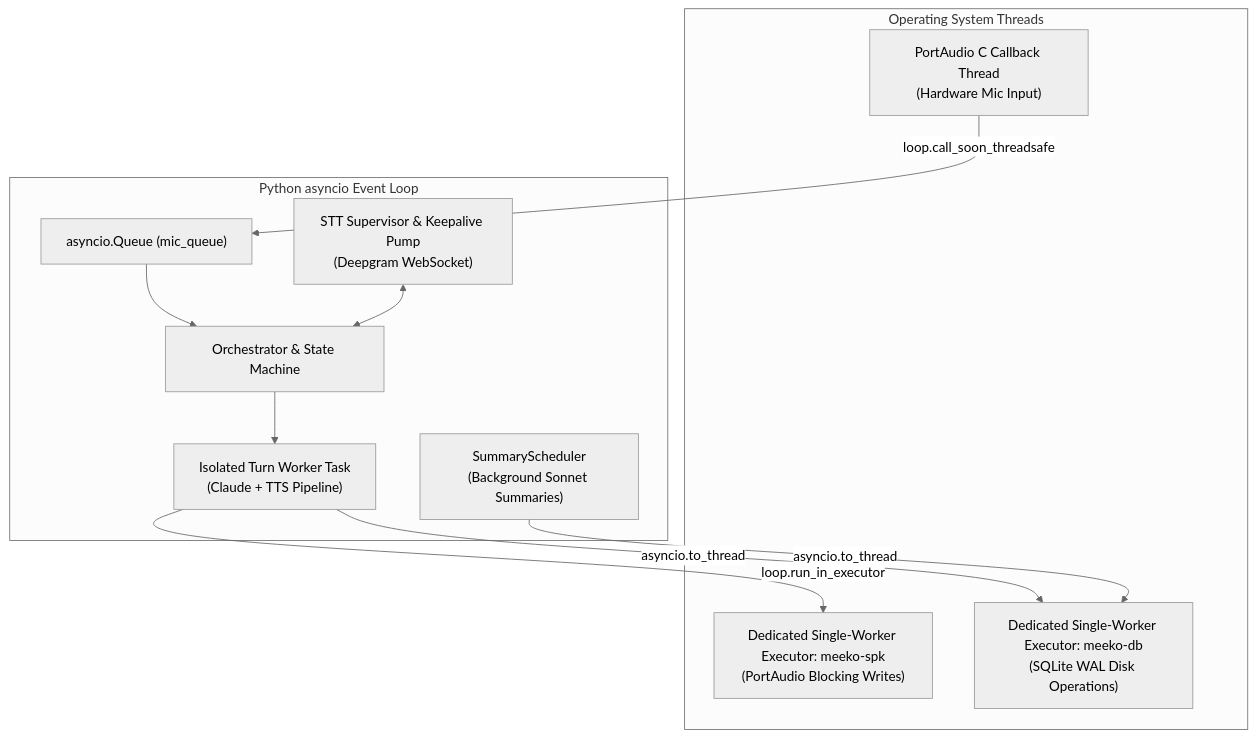
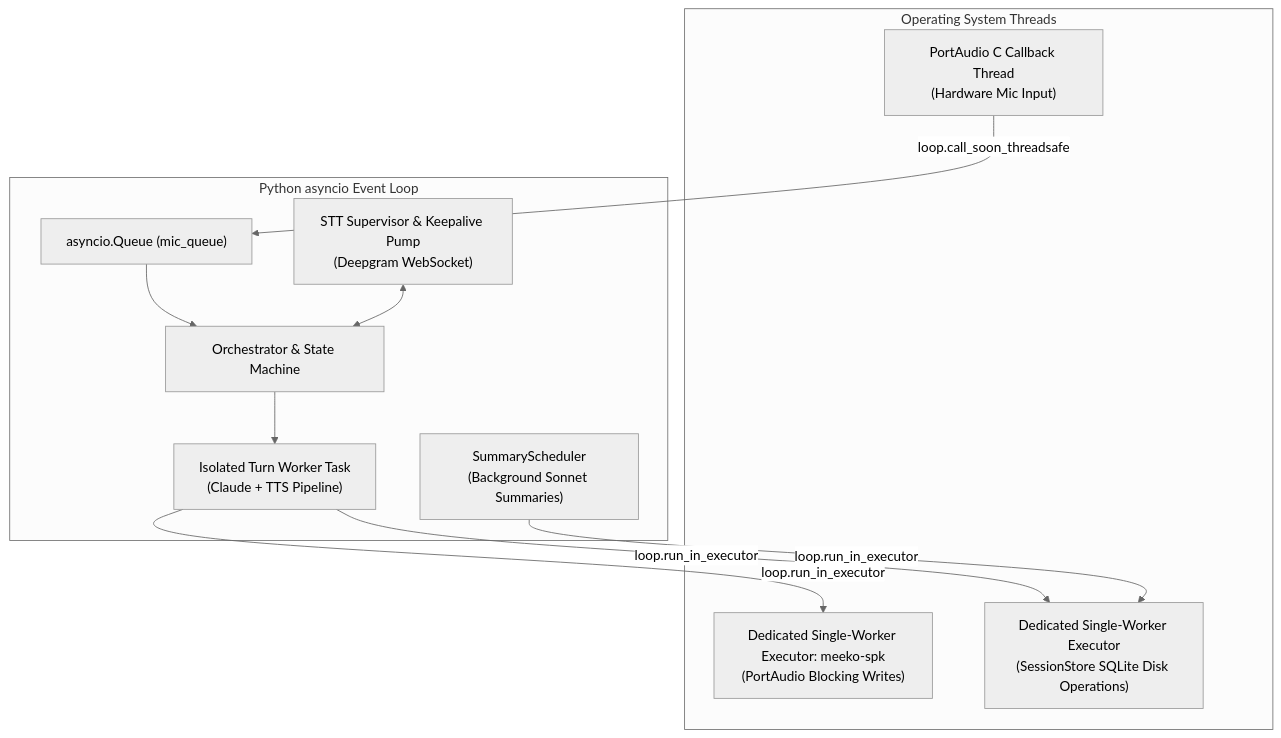
One commit to rculbertson/meeko changed the fourth of 5 diagrams in docs/architecture.md. Above: the diagram before and after it, drawn with Mermaid (neutral theme). The commit also changed other lines of this file, not shown here.

Commit message:
docs: correct deepgram ping frames, dedicated sessionstore executor, and lazy session creation

````diff
--- a/docs/architecture.md
+++ b/docs/architecture.md
@@ -417,24 +417,24 @@
 ```mermaid
 flowchart TD
     subgraph Threads["Operating System Threads"]
         PA_In["PortAudio C Callback Thread\n(Hardware Mic Input)"]
         PA_Out["Dedicated Single-Worker Executor: meeko-spk\n(PortAudio Blocking Writes)"]
-        DB_Worker["Dedicated Single-Worker Executor: meeko-db\n(SQLite WAL Disk Operations)"]
+        DB_Worker["Dedicated Single-Worker Executor\n(SessionStore SQLite Disk Operations)"]
     end
 
     subgraph AsyncLoop["Python asyncio Event Loop"]
         MicQueue["asyncio.Queue (mic_queue)"]
         Orchestrator["Orchestrator & State Machine"]
         TurnTask["Isolated Turn Worker Task\n(Claude + TTS Pipeline)"]
         STTTask["STT Supervisor & Keepalive Pump\n(Deepgram WebSocket)"]
         SummaryTask["SummaryScheduler\n(Background Sonnet Summaries)"]
     end
 
     PA_In -->|loop.call_soon_threadsafe| MicQueue
     MicQueue --> Orchestrator
     Orchestrator --> TurnTask
     TurnTask -->|loop.run_in_executor| PA_Out
-    TurnTask -->|asyncio.to_thread| DB_Worker
+    TurnTask -->|loop.run_in_executor| DB_Worker
     STTTask <--> Orchestrator
-    SummaryTask -->|asyncio.to_thread| DB_Worker
+    SummaryTask -->|loop.run_in_executor| DB_Worker
 ```
````
